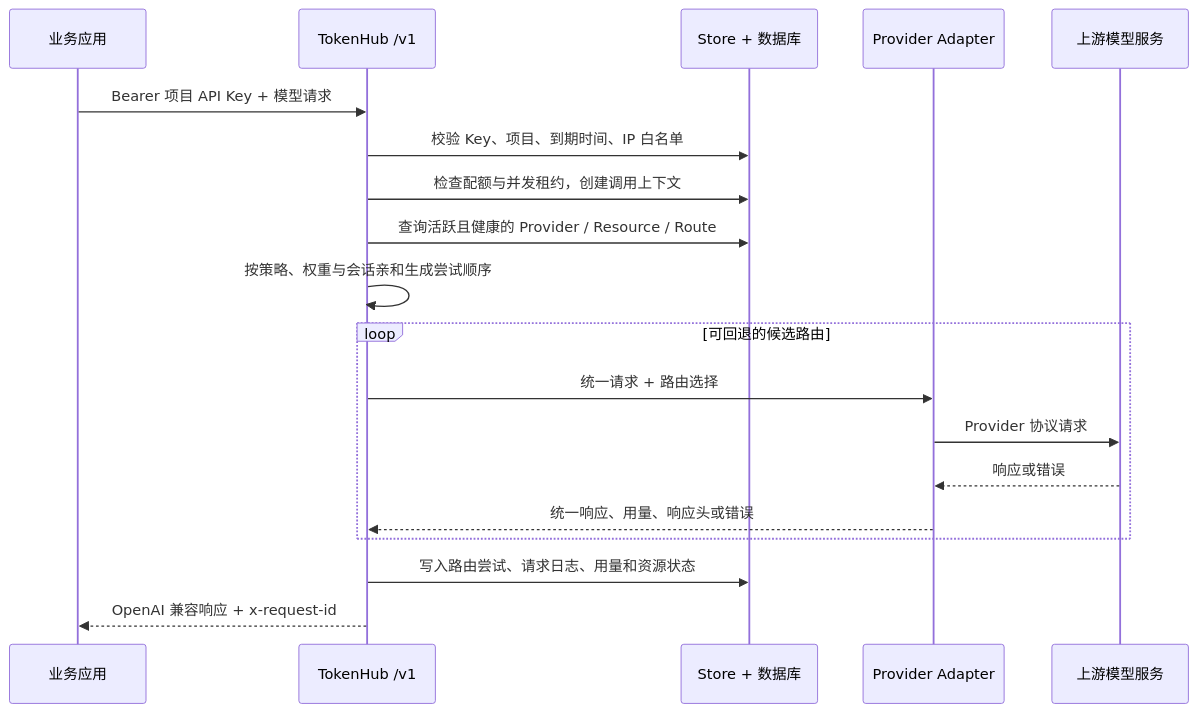
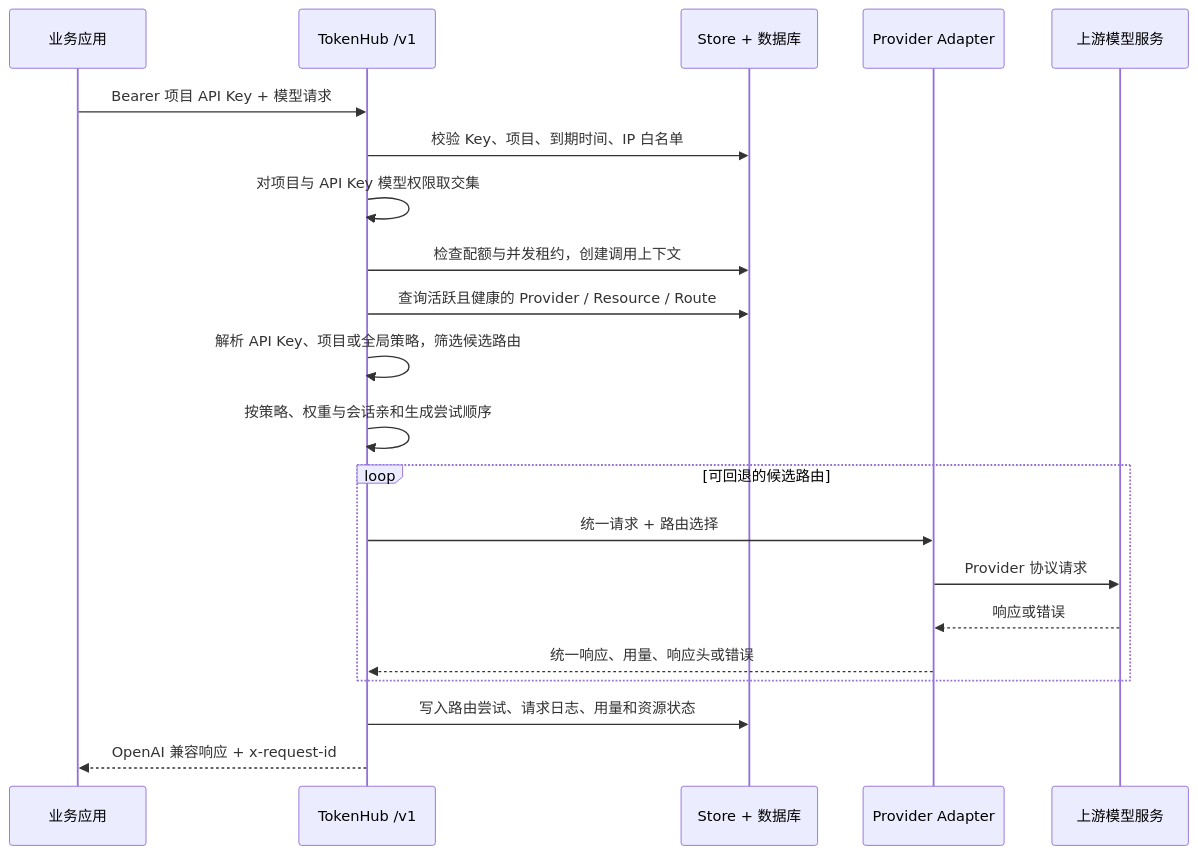
The third of 3 diagrams in docs/zh-CN/architecture.md (IIXINGCHEN/TokenHub), drawn with Mermaid before and after one commit. The commit also changed other lines of this file and 52 other files, not shown here.

````diff
--- a/docs/zh-CN/architecture.md
+++ b/docs/zh-CN/architecture.md
@@ -122,22 +122,24 @@
 ```mermaid
 sequenceDiagram
     participant C as 业务应用
     participant G as TokenHub /v1
     participant S as Store + 数据库
     participant A as Provider Adapter
     participant U as 上游模型服务
 
     C->>G: Bearer 项目 API Key + 模型请求
     G->>S: 校验 Key、项目、到期时间、IP 白名单
+    G->>G: 对项目与 API Key 模型权限取交集
     G->>S: 检查配额与并发租约，创建调用上下文
     G->>S: 查询活跃且健康的 Provider / Resource / Route
+    G->>G: 解析 API Key、项目或全局策略，筛选候选路由
     G->>G: 按策略、权重与会话亲和生成尝试顺序
     loop 可回退的候选路由
         G->>A: 统一请求 + 路由选择
         A->>U: Provider 协议请求
         U-->>A: 响应或错误
         A-->>G: 统一响应、用量、响应头或错误
     end
     G->>S: 写入路由尝试、请求日志、用量和资源状态
     G-->>C: OpenAI 兼容响应 + x-request-id
 ```
````
